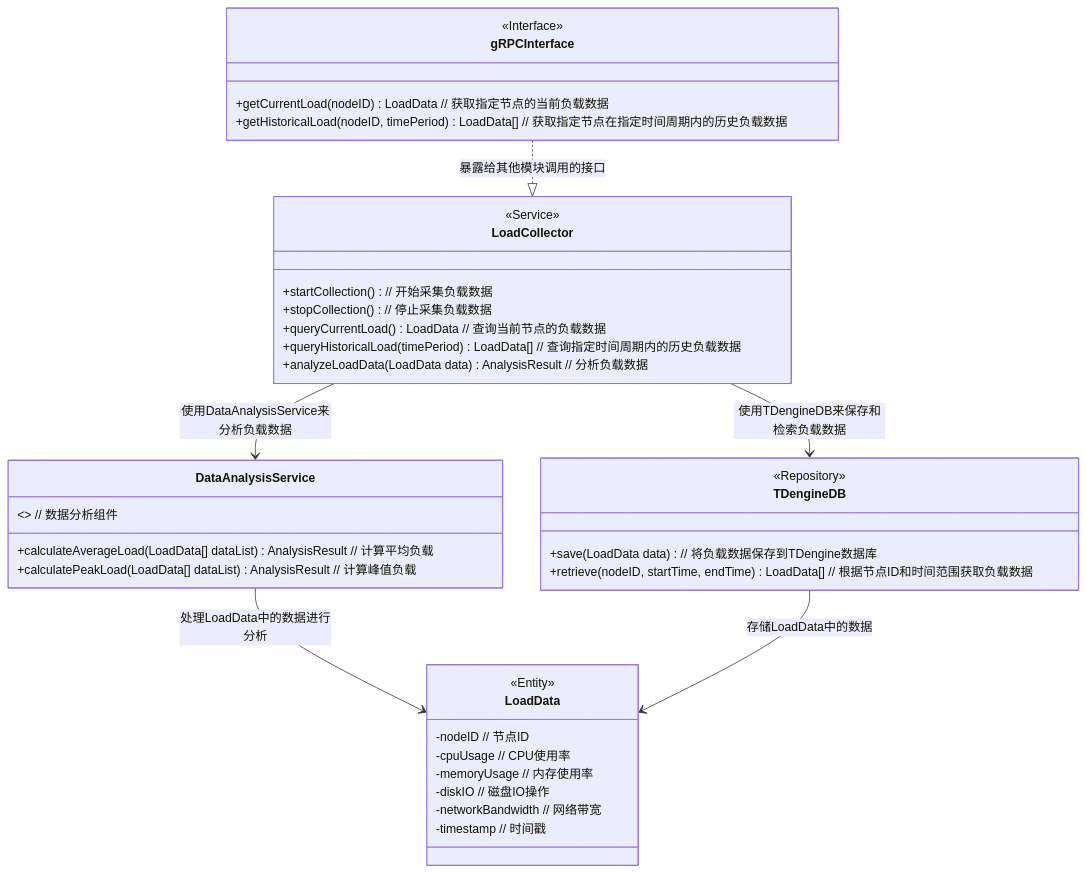
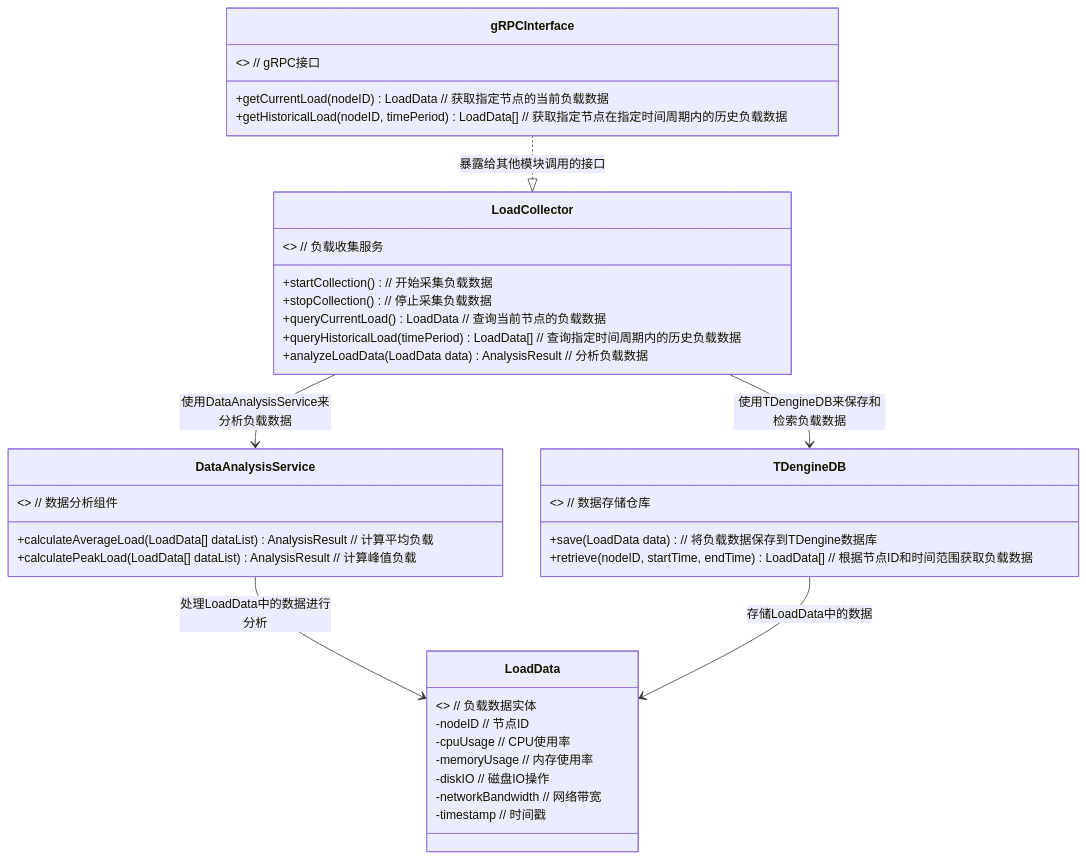
Before and after one commit to jjj960/iodraw-files: the diagram in all/未命名.md, drawn with Mermaid.

Commit message:
2025-03-06 17:01:40 update

````diff
--- a/all/未命名.md
+++ b/all/未命名.md
@@ -1,46 +1,46 @@
 ```mermaid
 classDiagram
     class LoadCollector {
-        <<Service>> 
+        <<Service>>  // 负载收集服务
         +startCollection()  // 开始采集负载数据
         +stopCollection()  // 停止采集负载数据
         +queryCurrentLoad() LoadData  // 查询当前节点的负载数据
         +queryHistoricalLoad(timePeriod) LoadData[]  // 查询指定时间周期内的历史负载数据
         +analyzeLoadData(LoadData data) AnalysisResult  // 分析负载数据
     }
 
     class LoadData {
-        <<Entity>> 
+        <<Entity>>  // 负载数据实体
         -nodeID  // 节点ID
         -cpuUsage  // CPU使用率
         -memoryUsage  // 内存使用率
         -diskIO  // 磁盘IO操作
         -networkBandwidth  // 网络带宽
         -timestamp  // 时间戳
     }
 
     class TDengineDB {
-        <<Repository>>
+        <<Repository>>  // 数据存储仓库
         +save(LoadData data)  // 将负载数据保存到TDengine数据库
         +retrieve(nodeID, startTime, endTime) LoadData[]  // 根据节点ID和时间范围获取负载数据
     }
 
     class DataAnalysisService {
         <<Component>>  // 数据分析组件
         +calculateAverageLoad(LoadData[] dataList) AnalysisResult  // 计算平均负载
         +calculatePeakLoad(LoadData[] dataList) AnalysisResult  // 计算峰值负载
     }
 
     LoadCollector --> TDengineDB : 使用TDengineDB来保存和检索负载数据
     LoadCollector --> DataAnalysisService : 使用DataAnalysisService来分析负载数据
     DataAnalysisService --> LoadData : 处理LoadData中的数据进行分析
     TDengineDB --> LoadData : 存储LoadData中的数据
 
     class gRPCInterface {
-        <<Interface>> 
+        <<Interface>>  // gRPC接口
         +getCurrentLoad(nodeID) LoadData  // 获取指定节点的当前负载数据
         +getHistoricalLoad(nodeID, timePeriod) LoadData[]  // 获取指定节点在指定时间周期内的历史负载数据
     }
 
     gRPCInterface ..|> LoadCollector : 暴露给其他模块调用的接口
 ```
````
